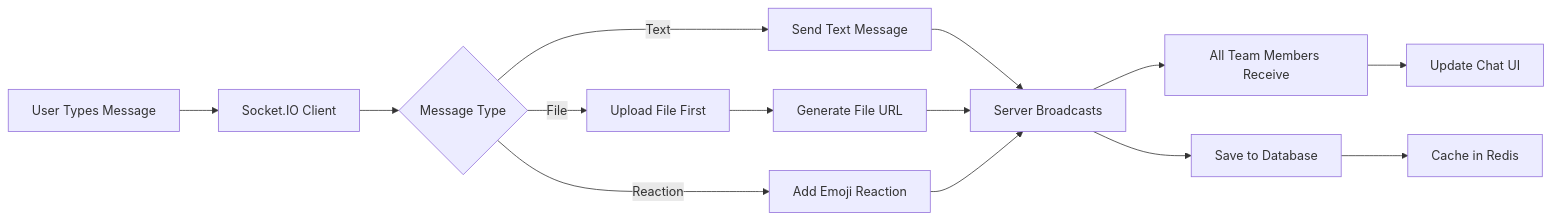
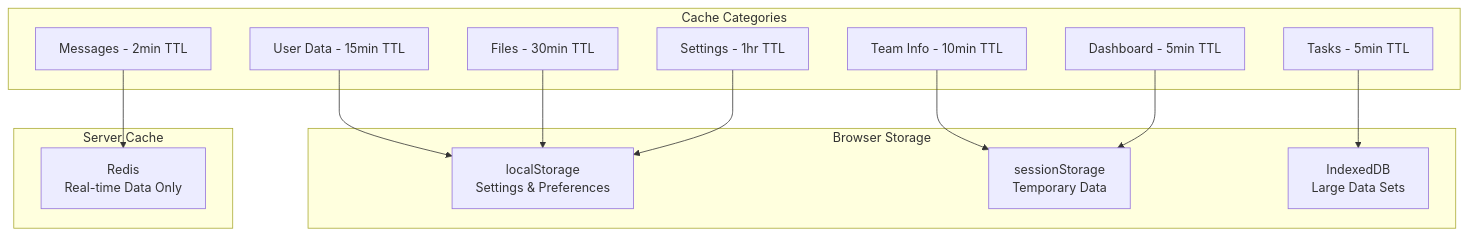
Before and after one commit to arsh342/collabspace: the eighth of 8 diagrams in README.md, drawn with Mermaid. The commit also changed other lines of this file and 48 other files, not shown here.

First line of the commit message:
Add SSL, browser cache, and integration test enhancements

````diff
--- a/README.md
+++ b/README.md
@@ -976,20 +689,30 @@
 ```mermaid
-flowchart LR
-    A[User Types Message] --> B[Socket.IO Client]
-    B --> C{Message Type}
+graph TB
+    subgraph "Browser Storage"
+        LS[localStorage<br/>Settings & Preferences]
+        SS[sessionStorage<br/>Temporary Data]
+        IDB[IndexedDB<br/>Large Data Sets]
+    end
 
-    C -->|Text| D[Send Text Message]
-    C -->|File| E[Upload File First]
-    C -->|Reaction| F[Add Emoji Reaction]
+    subgraph "Server Cache"
+        Redis[Redis<br/>Real-time Data Only]
+    end
 
-    D --> G[Server Broadcasts]
-    E --> H[Generate File URL]
-    H --> G
-    F --> G
+    subgraph "Cache Categories"
+        User[User Data - 15min TTL]
+        Team[Team Info - 10min TTL]
+        Task[Tasks - 5min TTL]
+        Message[Messages - 2min TTL]
+        Dashboard[Dashboard - 5min TTL]
+        Files[Files - 30min TTL]
+        Settings[Settings - 1hr TTL]
+    end
 
-    G --> I[All Team Members Receive]
-    I --> J[Update Chat UI]
-
-    G --> K[Save to Database]
-    K --> L[Cache in Redis]
+    User --> LS
+    Team --> SS
+    Task --> IDB
+    Message --> Redis
+    Dashboard --> SS
+    Files --> LS
+    Settings --> LS
 ```
````
